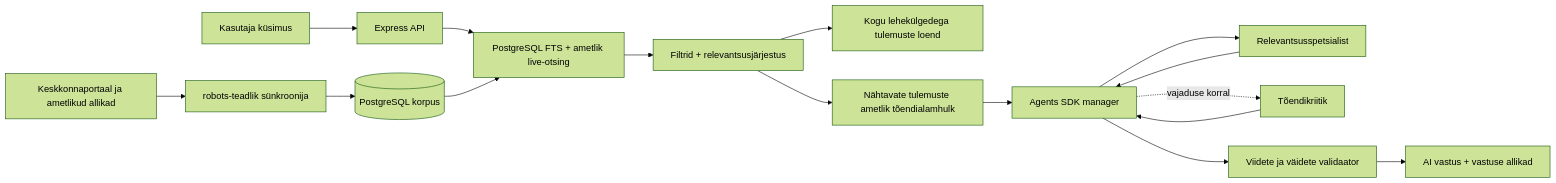
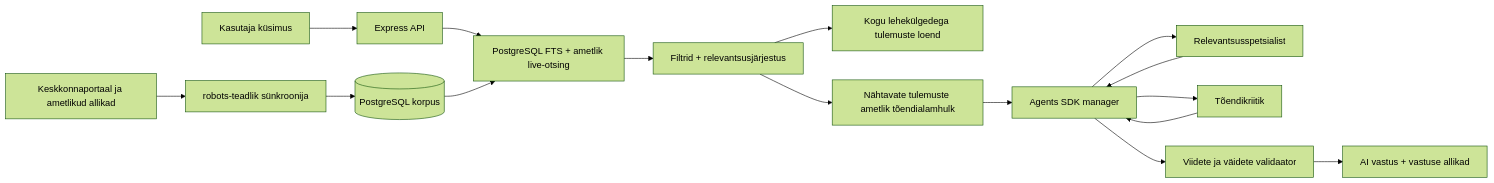
One commit to AARenor/keskkonnaportaali-praktika changed the diagram in docs/ARHITEKTUUR.md. Above: the diagram before and after it, drawn with Mermaid (forest theme). The commit also changed other lines of this file and 42 other files, not shown here.

````diff
--- a/docs/ARHITEKTUUR.md
+++ b/docs/ARHITEKTUUR.md
@@ -25,18 +25,18 @@
 ```mermaid
 flowchart LR
   P[Keskkonnaportaal ja ametlikud allikad] --> C[robots-teadlik sünkroonija]
   C --> D[(PostgreSQL korpus)]
   U[Kasutaja küsimus] --> A[Express API]
   A --> B[PostgreSQL FTS + ametlik live-otsing]
   D --> B
   B --> E[Filtrid + relevantsusjärjestus]
   E --> O[Kogu lehekülgedega tulemuste loend]
   E --> T[Nähtavate tulemuste ametlik tõendialamhulk]
   T --> M[Agents SDK manager]
   M --> S1[Relevantsusspetsialist]
-  M -. vajaduse korral .-> S2[Tõendikriitik]
+  M --> S2[Tõendikriitik]
   S1 --> M
   S2 --> M
   M --> V[Viidete ja väidete validaator]
   V --> R[AI vastus + vastuse allikad]
 ```
````
